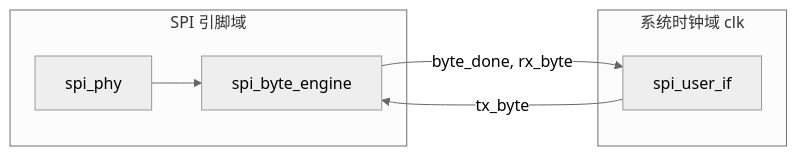
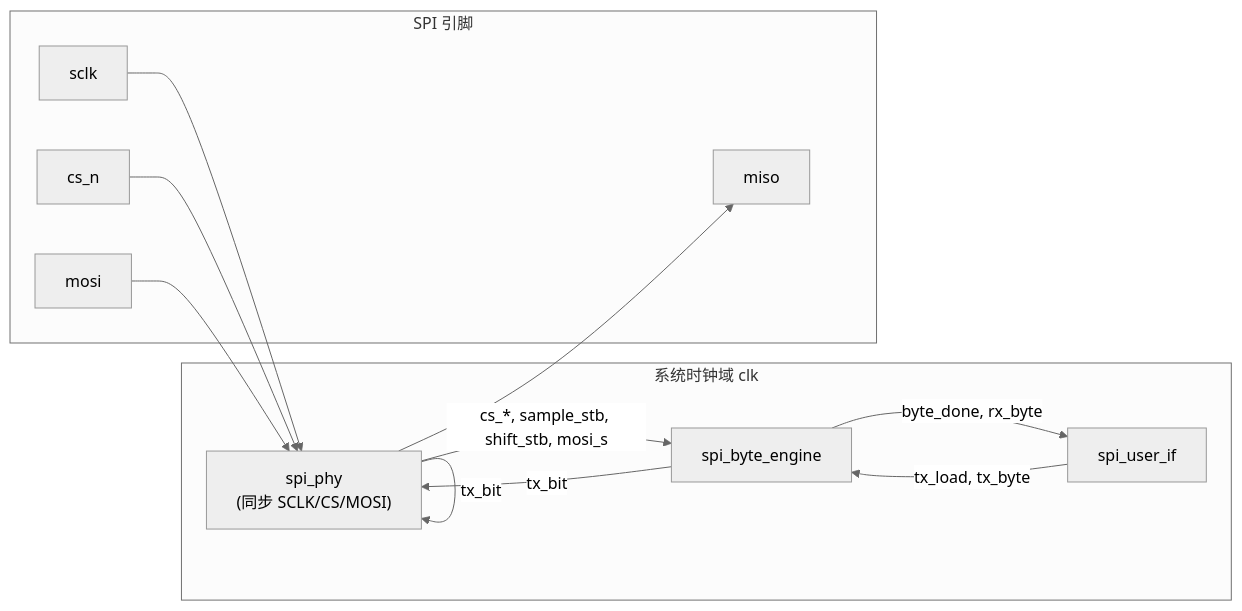
The diagram in spi_slave/spi_slave.md (misaka10704-glitch/Gestalt-Lib-HS-SPI), drawn with Mermaid (neutral theme) before and after one commit. The commit also changed other lines of this file and 13 other files, not shown here.

````diff
--- a/spi_slave/spi_slave.md
+++ b/spi_slave/spi_slave.md
@@ -38,15 +39,25 @@
 ```mermaid
 flowchart LR
-    subgraph SPI_pins["SPI 引脚域"]
-        PHY["spi_phy"]
+    subgraph clk_domain["系统时钟域 clk"]
+        PHY["spi_phy\n(同步 SCLK/CS/MOSI)"]
         BYTE["spi_byte_engine"]
-        PHY --> BYTE
+        IF["spi_user_if"]
+        PHY -->|"cs_*, sample_stb, shift_stb, mosi_s"| BYTE
+        BYTE -->|"byte_done, rx_byte"| IF
+        IF -->|"tx_load, tx_byte"| BYTE
+        PHY -->|"tx_bit"| PHY
+        BYTE -->|"tx_bit"| PHY
     end
 
-    subgraph sys["系统时钟域 clk"]
-        IF["spi_user_if"]
+    subgraph pins["SPI 引脚"]
+        SCLK["sclk"]
+        CS["cs_n"]
+        MOSI["mosi"]
+        MISO["miso"]
     end
 
-    BYTE -->|"byte_done, rx_byte"| IF
-    IF -->|"tx_byte"| BYTE
+    SCLK --> PHY
+    CS --> PHY
+    MOSI --> PHY
+    PHY --> MISO
 ```
````
